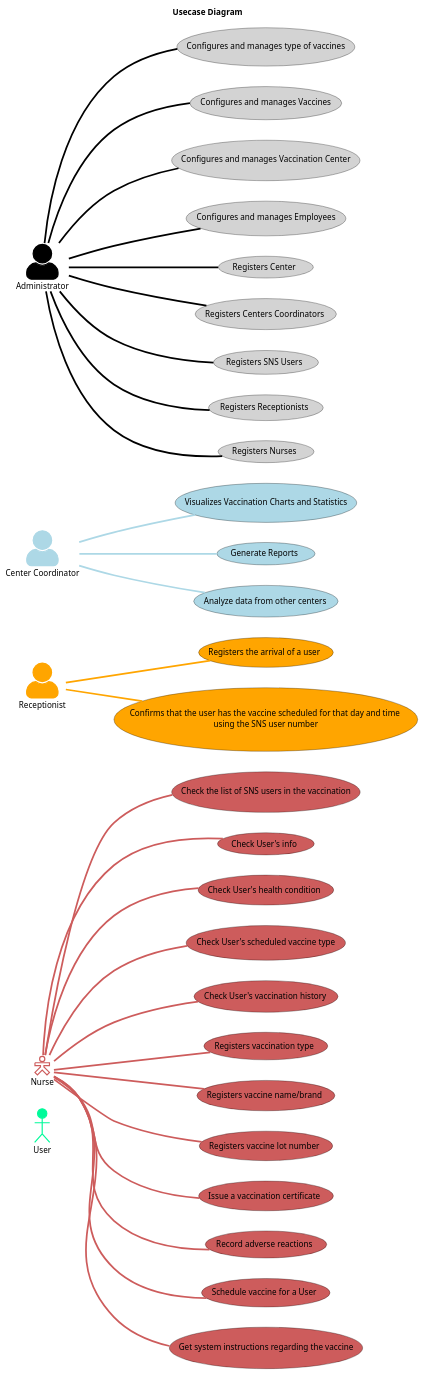
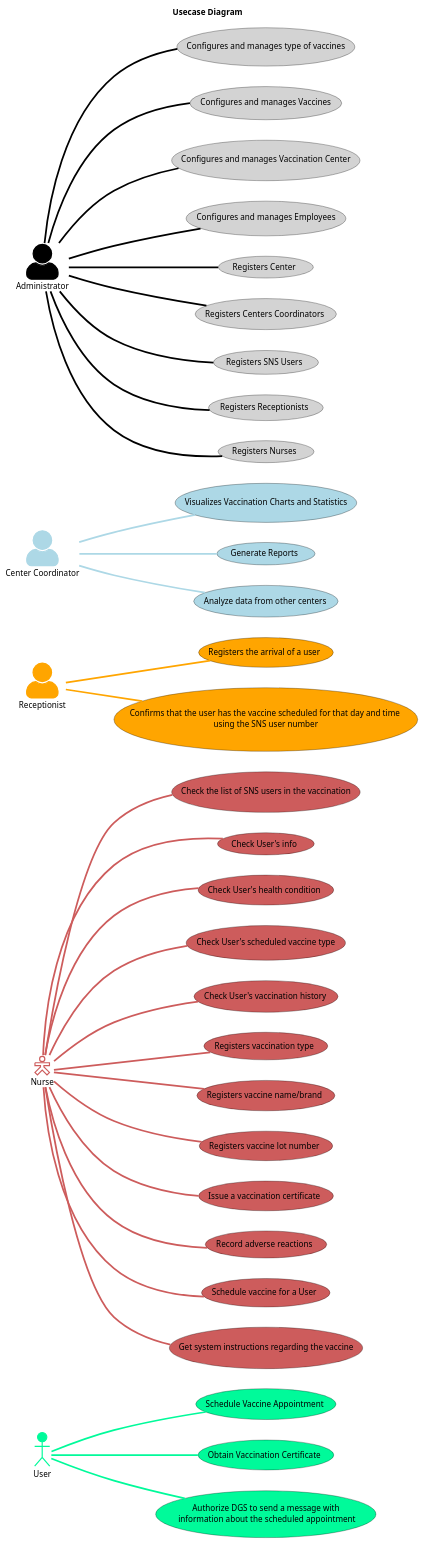
Before and after one commit to Pirussa/lei-22-s2-1da-g02: the diagram in docs/SprintA/UCD.puml, drawn with PlantUML.

Commit message:
UCD - FINISHED

```diff
--- a/docs/SprintA/UCD.puml
+++ b/docs/SprintA/UCD.puml
@@ -1,102 +1,106 @@
 @startuml
 'https://plantuml.com/use-case-diagram
 '!pragma layout smetana
 
 left to right direction
 title Usecase Diagram
 skinparam titleBorderRoundCorner 20
 skinparam titleBorderThickness 2
 skinparam arrowThickness 3
+
 '**********User*************
-
-
-
-
+Usecase UC27 as "Schedule Vaccine Appointment" #mediumSpringGreen;line:black
+Usecase UC28 as "Obtain Vaccination Certificate" #mediumSpringGreen;line:black
+Usecase UC29 as "Authorize DGS to send a message with\n information about the scheduled appointment" #mediumSpringGreen;line:black
 
 :User: as U #mediumSpringGreen;line:mediumSpringGreen
+
+U -d- UC27 #mediumSpringGreen
+U -d- UC28 #mediumSpringGreen
+U -d- UC29 #mediumSpringGreen
 
 
 
 
 
 skinparam actorStyle Hollow
 '**********Nurse*************
 Usecase UC13 as "Check the list of SNS users in the vaccination"  #indianRed;line:black
 Usecase UC14 as "Check User's info" #indianRed;line:black
 Usecase UC15 as "Check User's health condition" #indianRed;line:black
 Usecase UC16 as "Check User's scheduled vaccine type" #indianRed;line:black
 Usecase UC17 as "Check User's vaccination history" #indianRed;line:black
 Usecase UC18 as "Registers vaccination type" #indianRed;line:black
 Usecase UC19 as "Registers vaccine name/brand" #indianRed;line:black
 Usecase UC20 as "Registers vaccine lot number" #indianRed;line:black
 Usecase UC21 as "Issue a vaccination certificate" #indianRed;line:black
 Usecase UC22 as "Record adverse reactions" #indianRed;line:black
 Usecase UC23 as "Schedule vaccine for a User" #indianRed;line:black
 Usecase UC24 as "Get system instructions regarding the vaccine" #indianRed;line:black
 
 :Nurse: as N #white;line:indianRed
 N -d- UC13 #indianRed
 N -d- UC14 #indianRed
 N -d- UC15 #indianRed
 N -d- UC16 #indianRed
 N -d- UC17 #indianRed
 N -d- UC18 #indianRed
 N -d- UC19 #indianRed
 N -d- UC20 #indianRed
 N -d- UC21 #indianRed
 N -d- UC22 #indianRed
 N -d- UC23 #indianRed
 N -d- UC24 #indianRed
 
 skinparam actorStyle awesome
 
 
 '**********Recepcionist*************
 Usecase UC25 as "Registers the arrival of a user" #orange;line:black
 Usecase UC26 as "Confirms that the user has the vaccine scheduled for that day and time \n using the SNS user number "  #orange;line:black
 
 :Receptionist: as R #orange;line:orange
 R -d- UC25  #orange;line:orange
 R -d- UC26  #orange;line:orange
 
 
 '**********Center Coordinator*************
 Usecase UC10 as "Visualizes Vaccination Charts and Statistics" #lightblue;line:black
 Usecase UC11 as "Generate Reports" #lightblue;line:black
 Usecase UC12 as "Analyze data from other centers" #lightblue;line:black
 
 :Center Coordinator: as CC #lightblue;line:lightblue;
 CC -d- UC10 #lightblue;line:lightblue
 CC -d- UC11 #lightblue;line:lightblue
 CC -d- UC12 #lightblue;line:lightblue
 
 
 '**********ADMINISTRATOR*************
 Usecase UC1 as "Configures and manages type of vaccines"   #lightgrey;line:black
 Usecase UC2 as "Configures and manages Vaccines"  #lightgrey;line:black
 Usecase UC3 as "Configures and manages Vaccination Center"   #lightgrey;line:black
 Usecase UC4 as "Configures and manages Employees"  #lightgrey;line:black
 Usecase UC5 as "Registers Center" #lightgrey;line:black
 Usecase UC6 as "Registers Centers Coordinators" #lightgrey;line:black
 Usecase UC7 as "Registers SNS Users" #lightgrey;line:black
 Usecase UC8 as "Registers Receptionists" #lightgrey;line:black
 Usecase UC9 as "Registers Nurses" #lightgrey;line:black
 
 
 :Administrator: as A #black;line:black
 A -d- UC1 #black;line:black
 A -d- UC2 #black;line:black
 A -d- UC3 #black;line:black
 A -d- UC4 #black;line:black
 A -d- UC5 #black;line:black
 A -d- UC6 #black;line:black
 A -d- UC7 #black;line:black
 A -d- UC8 #black;line:black
 A -d- UC9 #black;line:black
 
 
 '**********User*************
 
 
 
 @enduml
```
